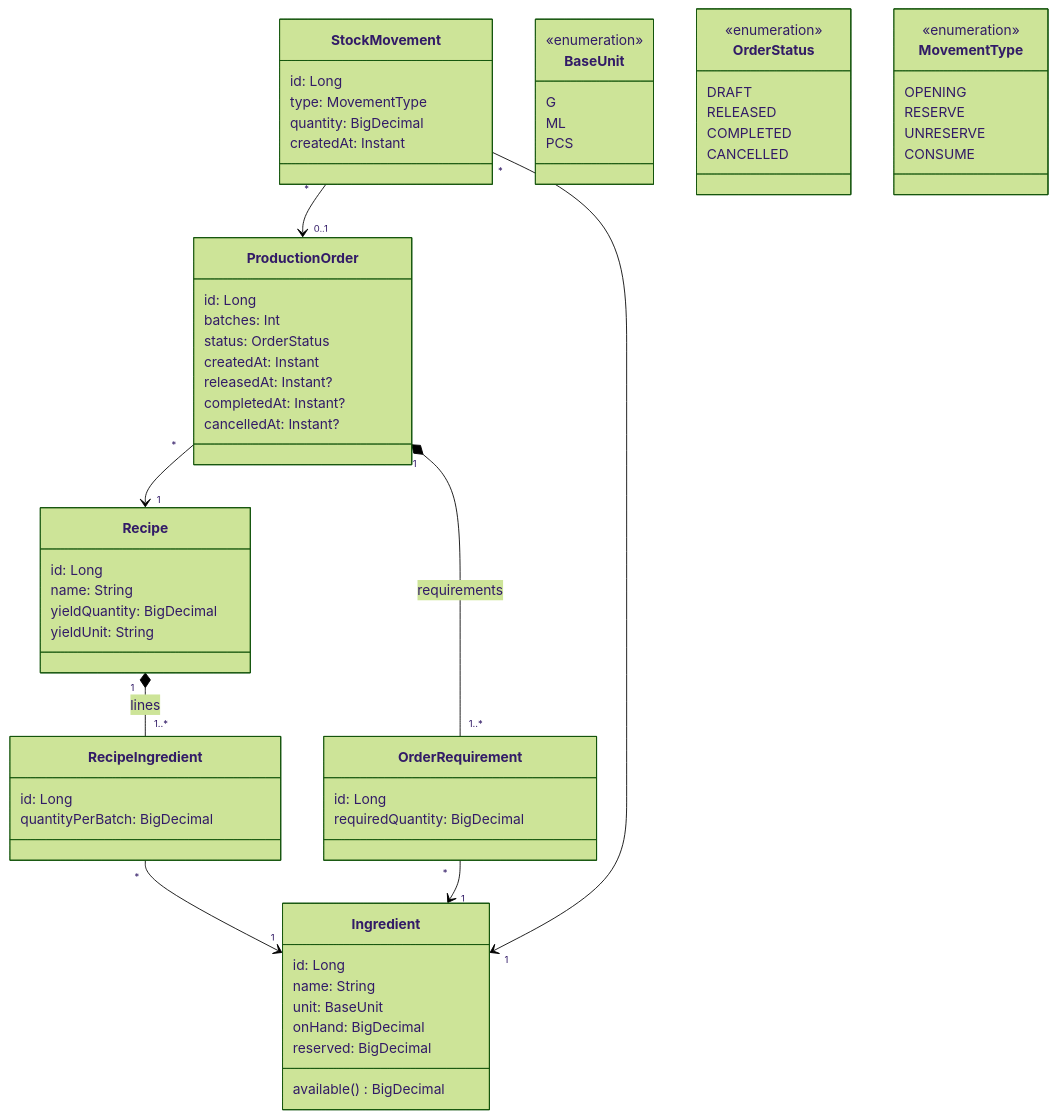
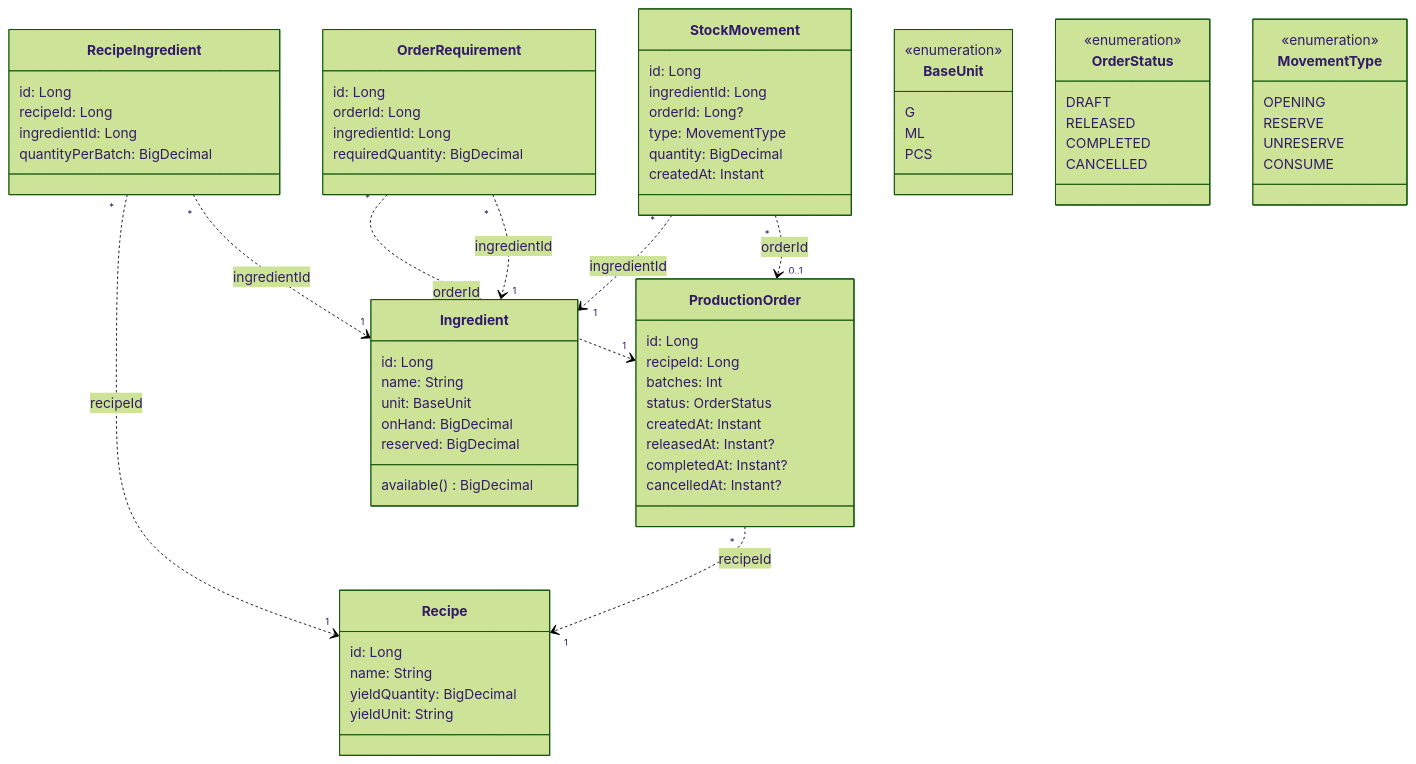
Before and after one commit to Ashutoshkalra2310/hearth-kitchen: the first of 2 diagrams in docs/data-model.md, drawn with Mermaid (forest theme). The commit also changed other lines of this file and 9 other files, not shown here.

````diff
--- a/docs/data-model.md
+++ b/docs/data-model.md
@@ -5,68 +5,75 @@
 ```mermaid
 classDiagram
     class Ingredient {
         id: Long
         name: String
         unit: BaseUnit
         onHand: BigDecimal
         reserved: BigDecimal
         available() BigDecimal
     }
     class Recipe {
         id: Long
         name: String
         yieldQuantity: BigDecimal
         yieldUnit: String
     }
     class RecipeIngredient {
         id: Long
+        recipeId: Long
+        ingredientId: Long
         quantityPerBatch: BigDecimal
     }
     class ProductionOrder {
         id: Long
+        recipeId: Long
         batches: Int
         status: OrderStatus
         createdAt: Instant
         releasedAt: Instant?
         completedAt: Instant?
         cancelledAt: Instant?
     }
     class OrderRequirement {
         id: Long
+        orderId: Long
+        ingredientId: Long
         requiredQuantity: BigDecimal
     }
     class StockMovement {
         id: Long
+        ingredientId: Long
+        orderId: Long?
         type: MovementType
         quantity: BigDecimal
         createdAt: Instant
     }
     class BaseUnit {
         <<enumeration>>
         G
         ML
         PCS
     }
     class OrderStatus {
         <<enumeration>>
         DRAFT
         RELEASED
         COMPLETED
         CANCELLED
     }
     class MovementType {
         <<enumeration>>
         OPENING
         RESERVE
         UNRESERVE
         CONSUME
     }
 
-    Recipe "1" *-- "1..*" RecipeIngredient : lines
-    RecipeIngredient "*" --> "1" Ingredient
-    ProductionOrder "*" --> "1" Recipe
-    ProductionOrder "1" *-- "1..*" OrderRequirement : requirements
-    OrderRequirement "*" --> "1" Ingredient
-    StockMovement "*" --> "1" Ingredient
-    StockMovement "*" --> "0..1" ProductionOrder
+    RecipeIngredient "*" ..> "1" Recipe : recipeId
+    RecipeIngredient "*" ..> "1" Ingredient : ingredientId
+    ProductionOrder "*" ..> "1" Recipe : recipeId
+    OrderRequirement "*" ..> "1" ProductionOrder : orderId
+    OrderRequirement "*" ..> "1" Ingredient : ingredientId
+    StockMovement "*" ..> "1" Ingredient : ingredientId
+    StockMovement "*" ..> "0..1" ProductionOrder : orderId
 ```
````
